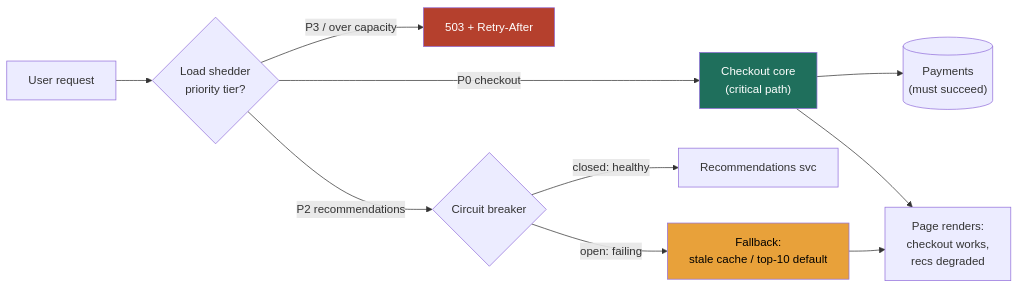
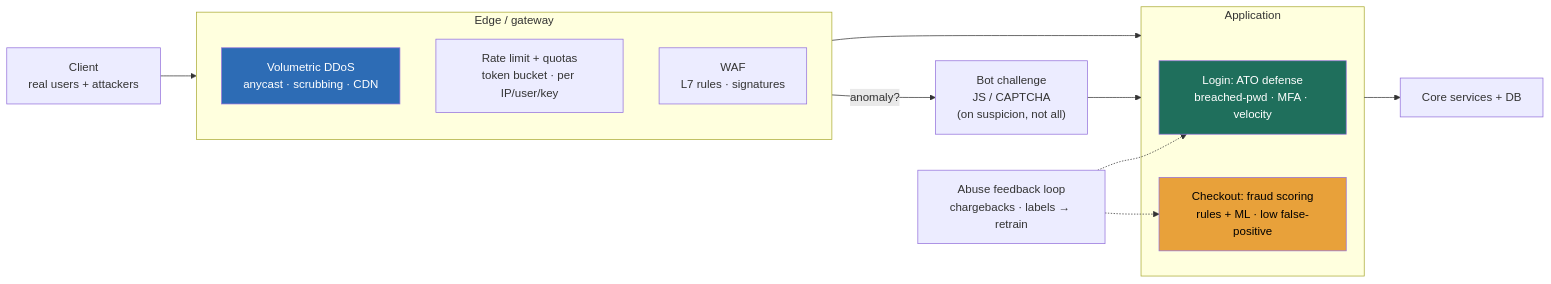
One commit to hkrathore/sysdesign-course changed the diagram in src/content/docs/module-13/lesson-13-6.md. Above: the diagram before and after it, drawn with Mermaid. The commit also changed other lines of this file and 84 other files, not shown here.

````diff
--- a/src/content/docs/module-13/lesson-13-6.md
+++ b/src/content/docs/module-13/lesson-13-6.md
@@ -56,15 +74,22 @@
 ```mermaid
 flowchart LR
-    U["User request"] --> SHED{"Load shedder<br/>priority tier?"}
-    SHED -->|"P3 / over capacity"| DROP["503 + Retry-After"]
-    SHED -->|"P0 checkout"| CORE["Checkout core<br/>(critical path)"]
-    SHED -->|"P2 recommendations"| CB{"Circuit breaker"}
-    CB -->|"closed: healthy"| RECS["Recommendations svc"]
-    CB -->|"open: failing"| FB["Fallback:<br/>stale cache / top-10 default"]
-    CORE --> PAY[("Payments<br/>(must succeed)")]
-    CORE --> RESP["Page renders:<br/>checkout works,<br/>recs degraded"]
-    FB --> RESP
-    style CORE fill:#1f6f5c,color:#fff
-    style FB fill:#e8a13a,color:#000
-    style DROP fill:#b5402d,color:#fff
+    USER["Client<br/>real users + attackers"] --> EDGE
+    subgraph EDGE["Edge / gateway"]
+      DDOS["Volumetric DDoS<br/>anycast · scrubbing · CDN"]
+      RL["Rate limit + quotas<br/>token bucket · per IP/user/key"]
+      WAF["WAF<br/>L7 rules · signatures"]
+    end
+    EDGE -->|"anomaly?"| CHAL["Bot challenge<br/>JS / CAPTCHA<br/>(on suspicion, not all)"]
+    CHAL --> APP
+    EDGE --> APP
+    subgraph APP["Application"]
+      ATO["Login: ATO defense<br/>breached-pwd · MFA · velocity"]
+      FRAUD["Checkout: fraud scoring<br/>rules + ML · low false-positive"]
+    end
+    APP --> CORE["Core services + DB"]
+    FB["Abuse feedback loop<br/>chargebacks · labels → retrain"] -.-> FRAUD
+    FB -.-> ATO
+    style DDOS fill:#2d6cb5,color:#fff
+    style FRAUD fill:#e8a13a,color:#000
+    style ATO fill:#1f6f5c,color:#fff
 ```
````
